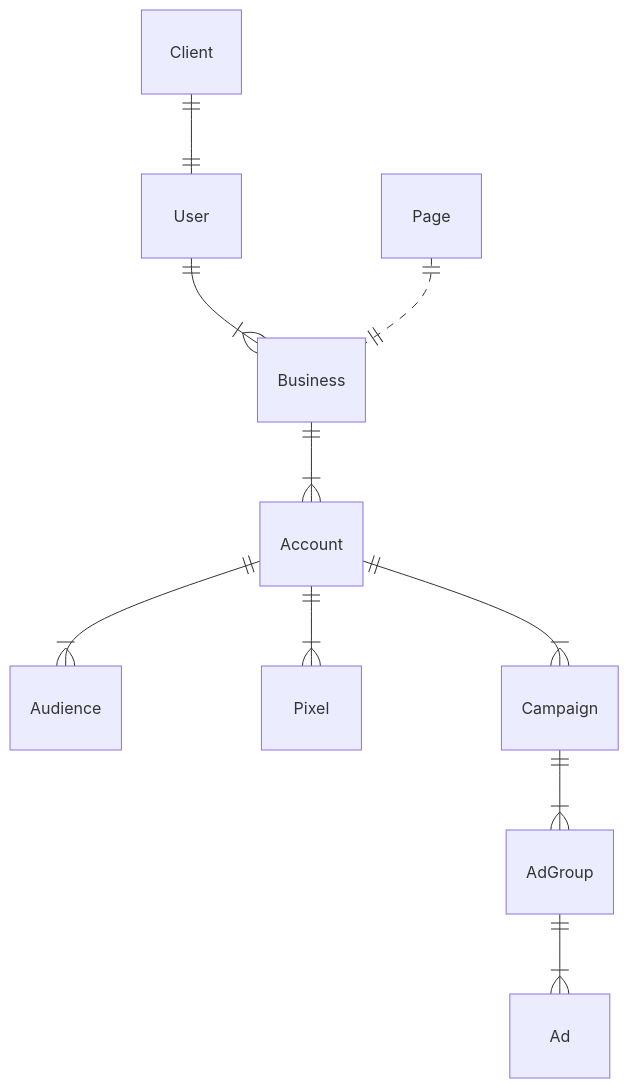
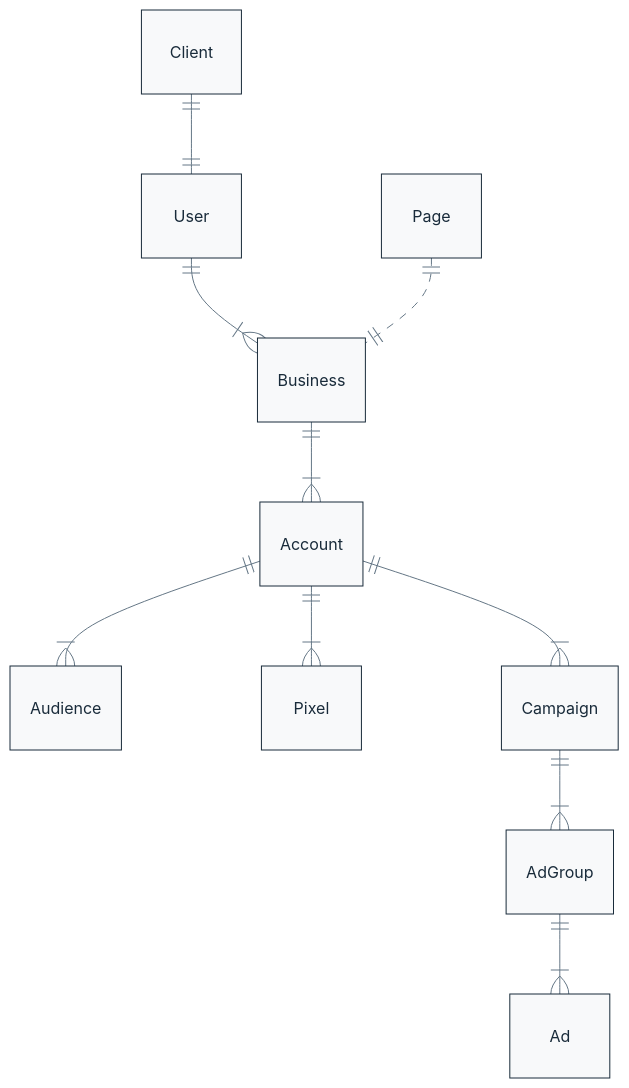
The diagram in README.md (kobusjoubert/active_ad), drawn with Mermaid before and after one commit.

Commit message:
docs: Style mermaid diagram

````diff
--- a/README.md
+++ b/README.md
@@ -113,12 +113,24 @@
 ```mermaid
+%%{
+  init: {
+    'theme': 'base',
+    'themeVariables': {
+      'primaryColor': '#f8f9fa',
+      'primaryTextColor': '#192b3a',
+      'primaryBorderColor': '#192b3a',
+      'textColor': '#192b3a',
+      'lineColor': '#657786'
+    }
+  }
+}%%
   erDiagram
     Client ||--|| User : ""
     User ||--|{ Business : ""
     Page ||..|| Business : ""
     Business ||--|{ Account : ""
     Account ||--|{ Audience : ""
     Account ||--|{ Pixel : ""
     Account ||--|{ Campaign : ""
     Campaign ||--|{ AdGroup : ""
     AdGroup ||--|{ Ad : ""
 ```
````
